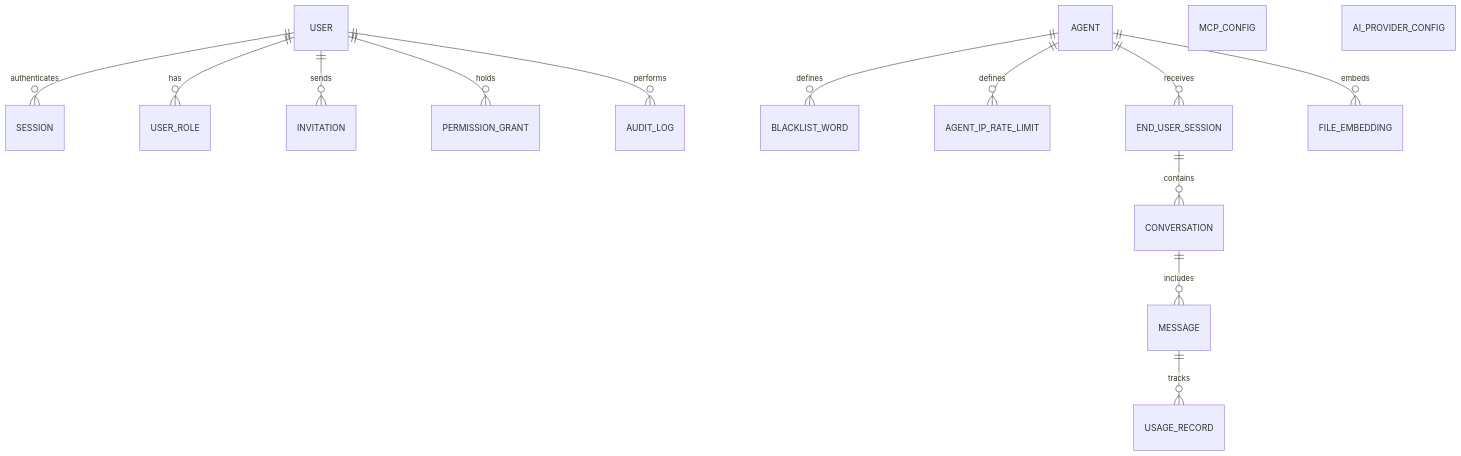
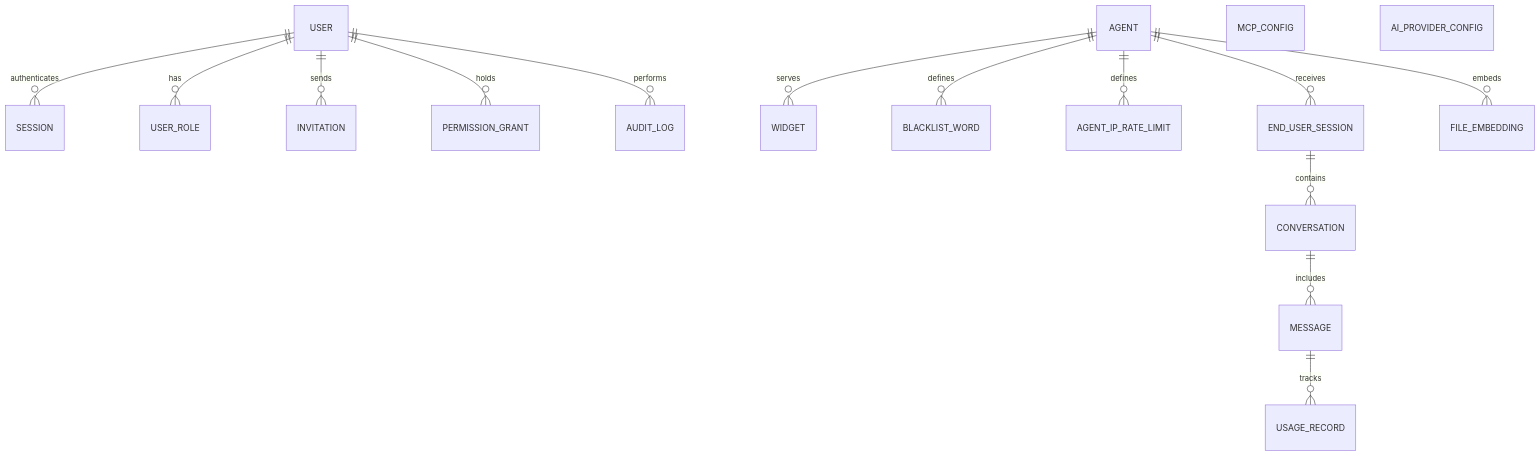
The diagram in docs/ERD.md (Talqo/talqo), drawn with Mermaid before and after one commit. The commit also changed 107 other files, not shown here.

````diff
--- a/docs/ERD.md
+++ b/docs/ERD.md
@@ -5,38 +5,40 @@
 ```mermaid
 erDiagram
     USER
     SESSION
     USER_ROLE
     INVITATION
     PERMISSION_GRANT
     AUDIT_LOG
 
     AGENT
+    WIDGET
     BLACKLIST_WORD
     AGENT_IP_RATE_LIMIT
 
     MCP_CONFIG
     AI_PROVIDER_CONFIG
 
     END_USER_SESSION
     CONVERSATION
     MESSAGE
 
     FILE_EMBEDDING
     USAGE_RECORD
 
     USER ||--o{ SESSION : authenticates
     USER ||--o{ USER_ROLE : has
     USER ||--o{ INVITATION : sends
     USER ||--o{ PERMISSION_GRANT : holds
     USER ||--o{ AUDIT_LOG : performs
 
+    AGENT ||--o{ WIDGET : serves
     AGENT ||--o{ BLACKLIST_WORD : defines
     AGENT ||--o{ AGENT_IP_RATE_LIMIT : defines
     AGENT ||--o{ FILE_EMBEDDING : embeds
 
     AGENT ||--o{ END_USER_SESSION : receives
     END_USER_SESSION ||--o{ CONVERSATION : contains
     CONVERSATION ||--o{ MESSAGE : includes
     MESSAGE ||--o{ USAGE_RECORD : tracks
 ```
````
